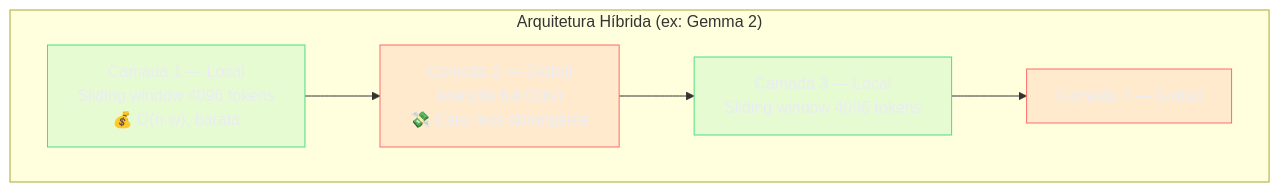
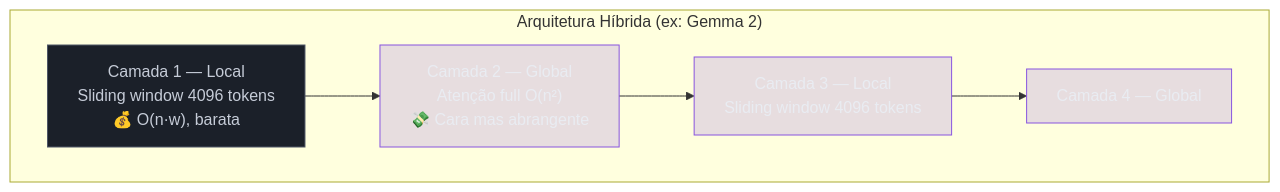
The fifth of 5 diagrams in 03-Dominios/Tecnologia/IA/Anatomia dos LLMs/04c - Atenção eficiente — FlashAttention, sparse e híbrida.md (josenaldo/codex-technomanticus), drawn with Mermaid before and after one commit. The commit also changed other lines of this file and 601 other files, not shown here.

````diff
--- a/03-Dominios/Tecnologia/IA/Anatomia dos LLMs/04c - Atenção eficiente — FlashAttention, sparse e híbrida.md
+++ b/03-Dominios/Tecnologia/IA/Anatomia dos LLMs/04c - Atenção eficiente — FlashAttention, sparse e híbrida.md
@@ -176,16 +175,16 @@
 ```mermaid
 graph TD
-    classDef ok fill:#4ADE8021,stroke:#4ADE80,color:#E9ECF2
-    classDef falha fill:#FF6B6B24,stroke:#FF6B6B,color:#E9ECF2
+    classDef marca fill:#8855DF33,stroke:#8855DF,color:#E9ECF2
+    classDef neutro fill:#1B2029,stroke:#4E5666,color:#C6CCD8
     subgraph "Arquitetura Híbrida (ex: Gemma 2)"
         L1["Camada 1 — Local\nSliding window 4096 tokens\n💰 O(n·w), barata"]
         L2["Camada 2 — Global\nAtenção full O(n²)\n💸 Cara mas abrangente"]
         L3["Camada 3 — Local\nSliding window 4096 tokens"]
         L4["Camada 4 — Global"]
         L1 --> L2 --> L3 --> L4
     end
-    class L1 ok
-    class L2 falha
-    class L3 ok
-    class L4 falha
+    class L1 neutro
+    class L2 marca
+    class L3 marca
+    class L4 marca
 ```
````
